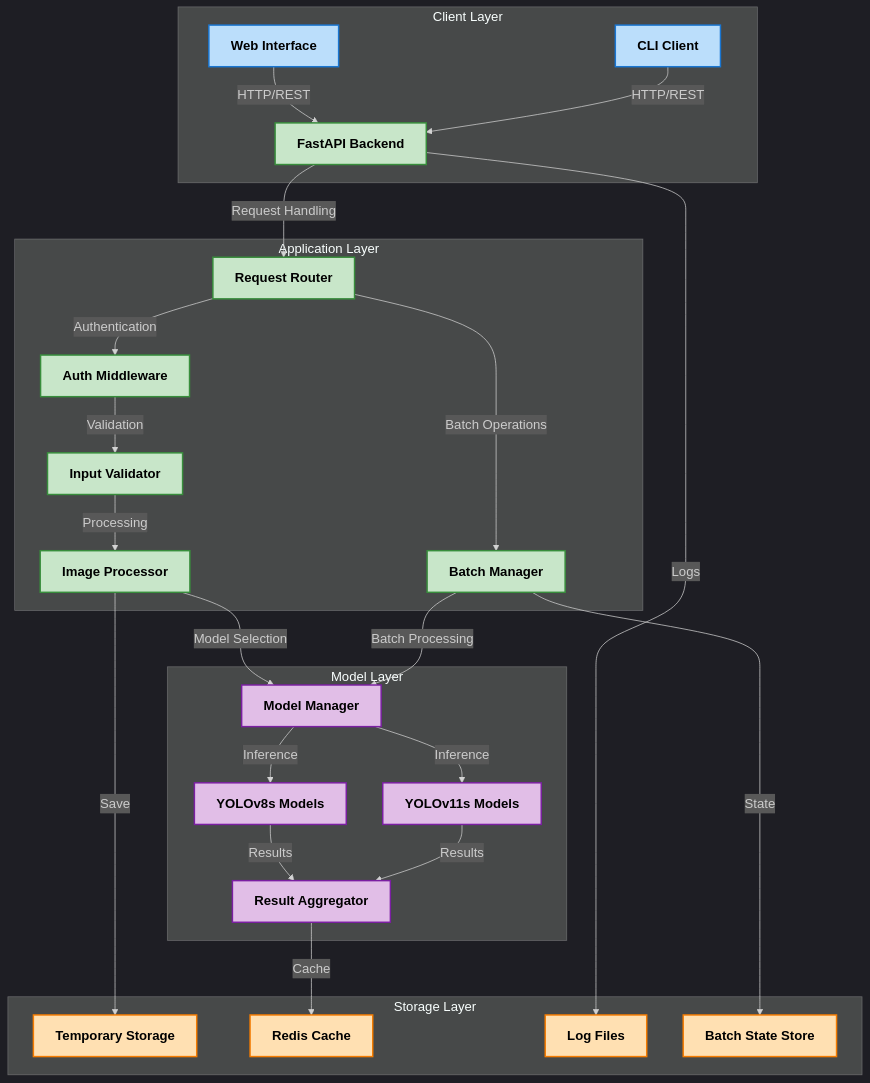
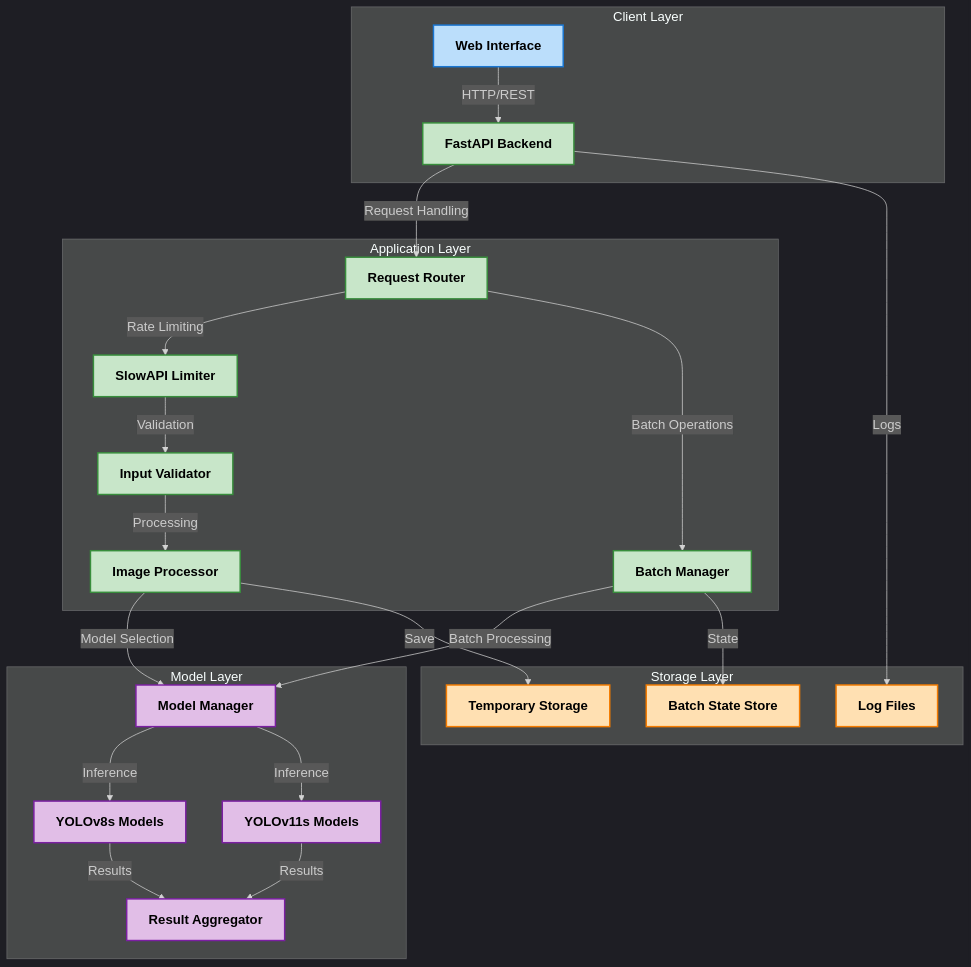
The first of 9 diagrams in README.md (Dhruv0306/SymphonyProject1), drawn with Mermaid before and after one commit. The commit also changed other lines of this file and 19 other files, not shown here.

Commit message:
Update: Documentations + Diagrams

````diff
--- a/README.md
+++ b/README.md
@@ -74,48 +74,44 @@
 ```mermaid
 %%{init: {'theme': 'dark', 'themeVariables': { 'fontFamily': 'arial', 'fontSize': '18px', 'fontWeight': 'bold'}}}%%
 graph TD
     subgraph "Client Layer"
         style A fill:#bbdefb,stroke:#1976d2,stroke-width:2px,color:#000000,font-weight:bold
-        style Z fill:#bbdefb,stroke:#1976d2,stroke-width:2px,color:#000000,font-weight:bold
         A["Web Interface"] -->|"HTTP/REST"| B["FastAPI Backend"]
-        Z["CLI Client"] -->|"HTTP/REST"| B
     end
 
     subgraph "Application Layer"
         style B fill:#c8e6c9,stroke:#388e3c,stroke-width:2px,color:#000000,font-weight:bold
         style C fill:#c8e6c9,stroke:#388e3c,stroke-width:2px,color:#000000,font-weight:bold
         style D fill:#c8e6c9,stroke:#388e3c,stroke-width:2px,color:#000000,font-weight:bold
         style E fill:#c8e6c9,stroke:#388e3c,stroke-width:2px,color:#000000,font-weight:bold
         style F fill:#c8e6c9,stroke:#388e3c,stroke-width:2px,color:#000000,font-weight:bold
         style X fill:#c8e6c9,stroke:#388e3c,stroke-width:2px,color:#000000,font-weight:bold
         B -->|"Request Handling"| C["Request Router"]
-        C -->|"Authentication"| D["Auth Middleware"]
+        C -->|"Rate Limiting"| D["SlowAPI Limiter"]
         D -->|"Validation"| E["Input Validator"]
         E -->|"Processing"| F["Image Processor"]
         C -->|"Batch Operations"| X["Batch Manager"]
     end
 
     subgraph "Model Layer"
         style G fill:#e1bee7,stroke:#7b1fa2,stroke-width:2px,color:#000000,font-weight:bold
         style H fill:#e1bee7,stroke:#7b1fa2,stroke-width:2px,color:#000000,font-weight:bold
         style I fill:#e1bee7,stroke:#7b1fa2,stroke-width:2px,color:#000000,font-weight:bold
         style J fill:#e1bee7,stroke:#7b1fa2,stroke-width:2px,color:#000000,font-weight:bold
         F -->|"Model Selection"| G["Model Manager"]
         G -->|"Inference"| H["YOLOv8s Models"]
         G -->|"Inference"| I["YOLOv11s Models"]
         H -->|"Results"| J["Result Aggregator"]
         I -->|"Results"| J
         X -->|"Batch Processing"| G
     end
 
     subgraph "Storage Layer" 
         style K fill:#ffe0b2,stroke:#f57c00,stroke-width:2px,color:#000000,font-weight:bold
-        style L fill:#ffe0b2,stroke:#f57c00,stroke-width:2px,color:#000000,font-weight:bold
         style M fill:#ffe0b2,stroke:#f57c00,stroke-width:2px,color:#000000,font-weight:bold
         style N fill:#ffe0b2,stroke:#f57c00,stroke-width:2px,color:#000000,font-weight:bold
         F -->|"Save"| K["Temporary Storage"]
-        J -->|"Cache"| L["Redis Cache"]
         B -->|"Logs"| M["Log Files"]
         X -->|"State"| N["Batch State Store"]
     end
 ```
````
